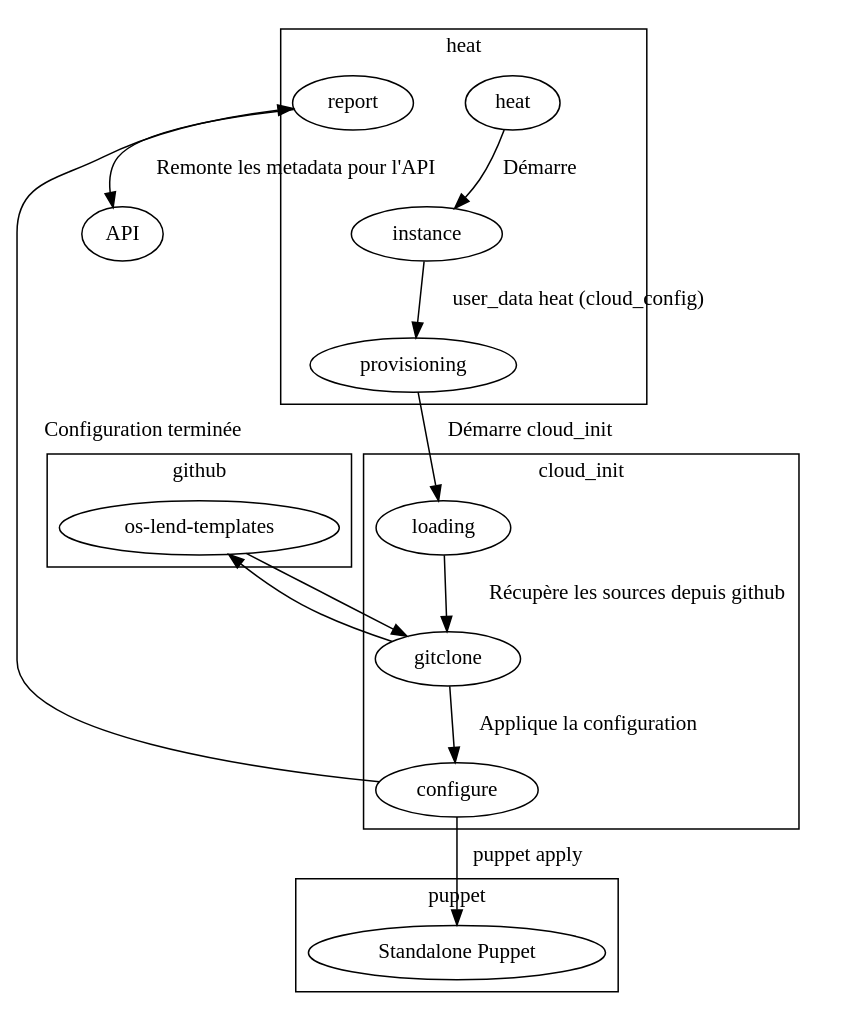
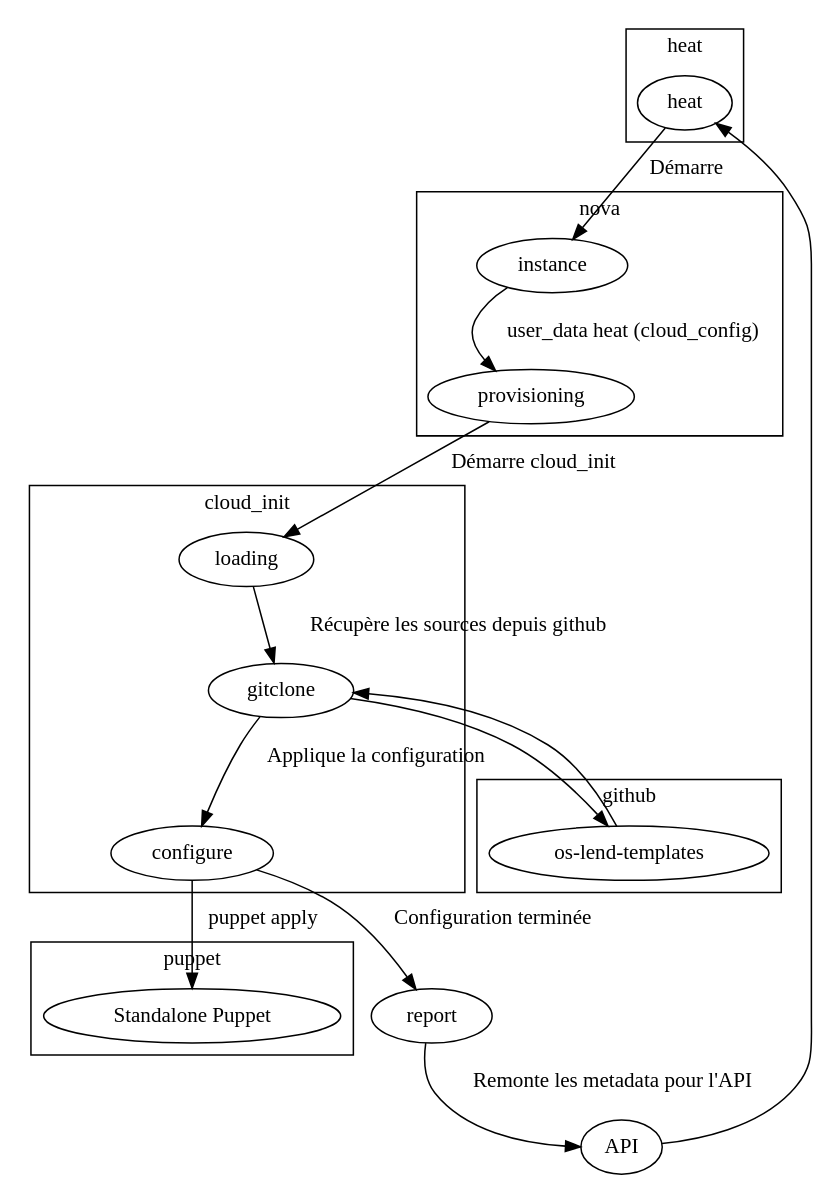
Before and after one commit to Ingesup-Lab-OS/specs: the diagram in OS-Lend-Templates/stack_hierarchy.dot, drawn with Graphviz. The commit also changed 1 other file, not shown here.

Commit message:
Modified template graph

```diff
--- a/OS-Lend-Templates/stack_hierarchy.dot
+++ b/OS-Lend-Templates/stack_hierarchy.dot
@@ -1,37 +1,40 @@
 digraph stack {
     subgraph cluster_0 {
         label="heat";
         heat;
+    }
+    subgraph cluster_1 {
+        label="nova";
         instance;
         provisioning;
-        report;
     }
 
-    subgraph cluster_1 {
+    subgraph cluster_2 {
         label="cloud_init";
         loading;
         gitclone;
         configure;
     }
 
-    subgraph cluster_2 {
+    subgraph cluster_3 {
         label="puppet";
         ppapply[label="Standalone Puppet"];
     }
 
-    subgraph cluster_3 {
+    subgraph cluster_4 {
         label="github";
         templates[label="os-lend-templates"];
     }
 
-    heat -> instance[label="Démarre"]
+    API -> heat;
+    heat -> instance[label="Démarre"];
     instance -> provisioning[label="user_data heat (cloud_config)"];
     provisioning -> loading[label="Démarre cloud_init"];
     loading -> gitclone[label="Récupère les sources depuis github"];
     gitclone -> templates;
     templates -> gitclone;
     gitclone -> configure[label="Applique la configuration"];
     configure -> ppapply[label="puppet apply"];
     configure -> report[label="Configuration terminée"];
     report -> API[label="Remonte les metadata pour l'API"]
 }
```
